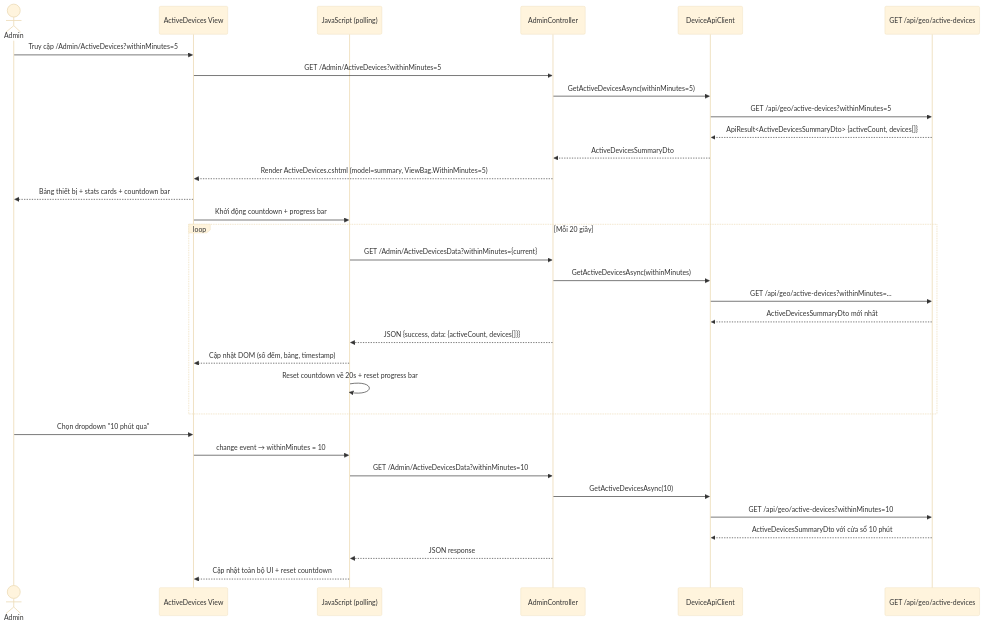
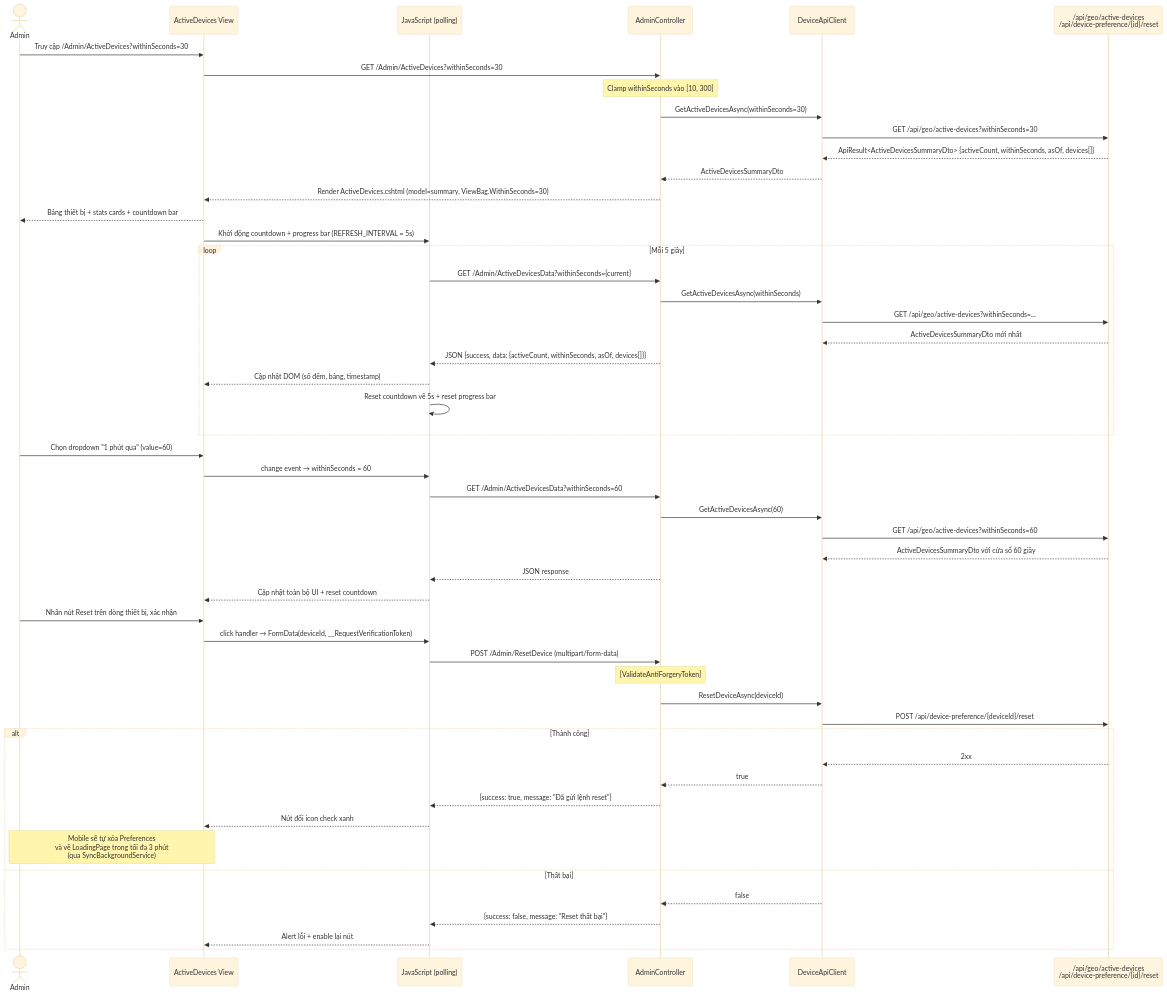
Before and after one commit to NguyenAlpha/LocateAndMultilingualNarration: diagram 19 of 21 in Docs/Sequence Diagrams – Web Admin.md, drawn with Mermaid (base theme). The commit also changed other lines of this file and 9 other files, not shown here.

First line of the commit message:
Add sequence diagrams for Web Admin and remove obsolete mobile diagrams

````diff
--- a/Docs/Sequence Diagrams – Web Admin.md
+++ b/Docs/Sequence Diagrams – Web Admin.md
@@ -808,41 +810,61 @@
 ```mermaid
 sequenceDiagram
     actor ADMIN as Admin
     participant VIEW as ActiveDevices View
     participant JS as JavaScript (polling)
     participant CTR as AdminController
     participant SVC as DeviceApiClient
-    participant API as GET /api/geo/active-devices
+    participant API as /api/geo/active-devices<br/>/api/device-preference/{id}/reset
 
     %% Tải trang lần đầu
-    ADMIN->>VIEW: Truy cập /Admin/ActiveDevices?withinMinutes=5
-    VIEW->>CTR: GET /Admin/ActiveDevices?withinMinutes=5
-    CTR->>SVC: GetActiveDevicesAsync(withinMinutes=5)
-    SVC->>API: GET /api/geo/active-devices?withinMinutes=5
-    API-->>SVC: ApiResult<ActiveDevicesSummaryDto> {activeCount, devices[]}
+    ADMIN->>VIEW: Truy cập /Admin/ActiveDevices?withinSeconds=30
+    VIEW->>CTR: GET /Admin/ActiveDevices?withinSeconds=30
+    Note over CTR: Clamp withinSeconds vào [10, 300]
+    CTR->>SVC: GetActiveDevicesAsync(withinSeconds=30)
+    SVC->>API: GET /api/geo/active-devices?withinSeconds=30
+    API-->>SVC: ApiResult<ActiveDevicesSummaryDto> {activeCount, withinSeconds, asOf, devices[]}
     SVC-->>CTR: ActiveDevicesSummaryDto
-    CTR-->>VIEW: Render ActiveDevices.cshtml (model=summary, ViewBag.WithinMinutes=5)
+    CTR-->>VIEW: Render ActiveDevices.cshtml (model=summary, ViewBag.WithinSeconds=30)
     VIEW-->>ADMIN: Bảng thiết bị + stats cards + countdown bar
 
-    %% Vòng lặp tự động làm mới (mỗi 20 giây)
-    VIEW->>JS: Khởi động countdown + progress bar
-    loop Mỗi 20 giây
-        JS->>CTR: GET /Admin/ActiveDevicesData?withinMinutes={current}
-        CTR->>SVC: GetActiveDevicesAsync(withinMinutes)
-        SVC->>API: GET /api/geo/active-devices?withinMinutes=...
+    %% Vòng lặp tự động làm mới (mỗi 5 giây)
+    VIEW->>JS: Khởi động countdown + progress bar (REFRESH_INTERVAL = 5s)
+    loop Mỗi 5 giây
+        JS->>CTR: GET /Admin/ActiveDevicesData?withinSeconds={current}
+        CTR->>SVC: GetActiveDevicesAsync(withinSeconds)
+        SVC->>API: GET /api/geo/active-devices?withinSeconds=...
         API-->>SVC: ActiveDevicesSummaryDto mới nhất
-        CTR-->>JS: JSON {success, data: {activeCount, devices[]}}
+        CTR-->>JS: JSON {success, data: {activeCount, withinSeconds, asOf, devices[]}}
         JS-->>VIEW: Cập nhật DOM (số đếm, bảng, timestamp)
-        JS->>JS: Reset countdown về 20s + reset progress bar
+        JS->>JS: Reset countdown về 5s + reset progress bar
     end
 
-    %% Admin thay đổi cửa sổ thời gian
-    ADMIN->>VIEW: Chọn dropdown "10 phút qua"
-    VIEW->>JS: change event → withinMinutes = 10
-    JS->>CTR: GET /Admin/ActiveDevicesData?withinMinutes=10
-    CTR->>SVC: GetActiveDevicesAsync(10)
-    SVC->>API: GET /api/geo/active-devices?withinMinutes=10
-    API-->>SVC: ActiveDevicesSummaryDto với cửa sổ 10 phút
+    %% Admin thay đổi cửa sổ thời gian (dropdown: 30s/60s/120s/180s/300s)
+    ADMIN->>VIEW: Chọn dropdown "1 phút qua" (value=60)
+    VIEW->>JS: change event → withinSeconds = 60
+    JS->>CTR: GET /Admin/ActiveDevicesData?withinSeconds=60
+    CTR->>SVC: GetActiveDevicesAsync(60)
+    SVC->>API: GET /api/geo/active-devices?withinSeconds=60
+    API-->>SVC: ActiveDevicesSummaryDto với cửa sổ 60 giây
     CTR-->>JS: JSON response
     JS-->>VIEW: Cập nhật toàn bộ UI + reset countdown
+
+    %% Reset thiết bị
+    ADMIN->>VIEW: Nhấn nút Reset trên dòng thiết bị, xác nhận
+    VIEW->>JS: click handler → FormData(deviceId, __RequestVerificationToken)
+    JS->>CTR: POST /Admin/ResetDevice (multipart/form-data)
+    Note over CTR: [ValidateAntiForgeryToken]
+    CTR->>SVC: ResetDeviceAsync(deviceId)
+    SVC->>API: POST /api/device-preference/{deviceId}/reset
+    alt Thành công
+        API-->>SVC: 2xx
+        SVC-->>CTR: true
+        CTR-->>JS: {success: true, message: "Đã gửi lệnh reset"}
+        JS-->>VIEW: Nút đổi icon check xanh
+        Note over VIEW,ADMIN: Mobile sẽ tự xóa Preferences<br/>và về LoadingPage trong tối đa 3 phút<br/>(qua SyncBackgroundService)
+    else Thất bại
+        SVC-->>CTR: false
+        CTR-->>JS: {success: false, message: "Reset thất bại"}
+        JS-->>VIEW: Alert lỗi + enable lại nút
+    end
 ```
````
